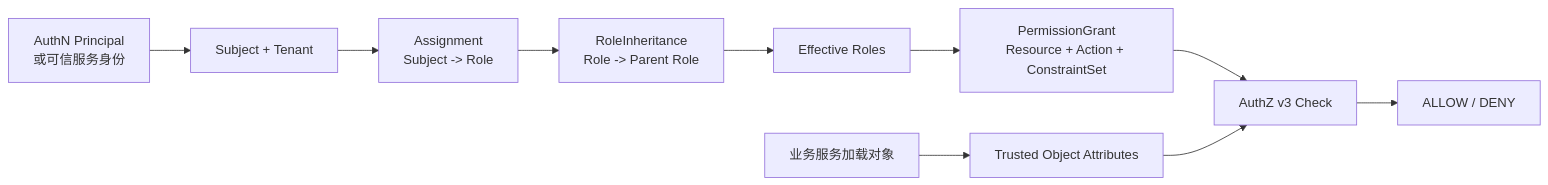
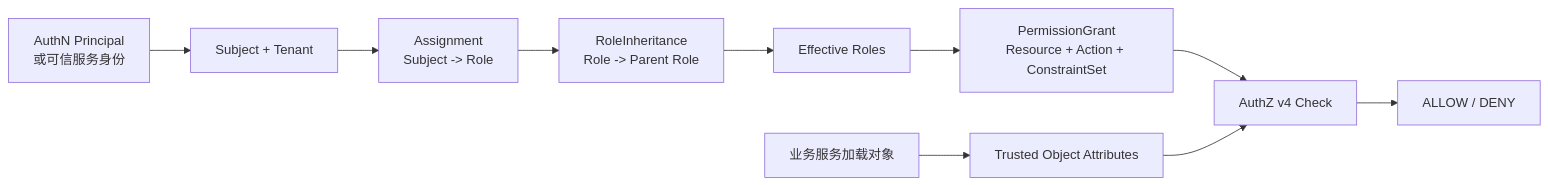
Before and after one commit to FangcunMount/iam-contracts: the diagram in docs/02-业务模块/03-AuthZ/00-模块总览.md, drawn with Mermaid. The commit also changed other lines of this file and 181 other files, not shown here.

````diff
--- a/docs/02-业务模块/03-AuthZ/00-模块总览.md
+++ b/docs/02-业务模块/03-AuthZ/00-模块总览.md
@@ -27,12 +27,12 @@
 ```mermaid
 flowchart LR
   P[AuthN Principal\n或可信服务身份] --> S[Subject + Tenant]
   S --> A[Assignment\nSubject -> Role]
   A --> H[RoleInheritance\nRole -> Parent Role]
   H --> E[Effective Roles]
   E --> G[PermissionGrant\nResource + Action + ConstraintSet]
   O[业务服务加载对象] --> T[Trusted Object Attributes]
-  G --> C[AuthZ v3 Check]
+  G --> C[AuthZ v4 Check]
   T --> C
   C --> D[ALLOW / DENY]
 ```
````
